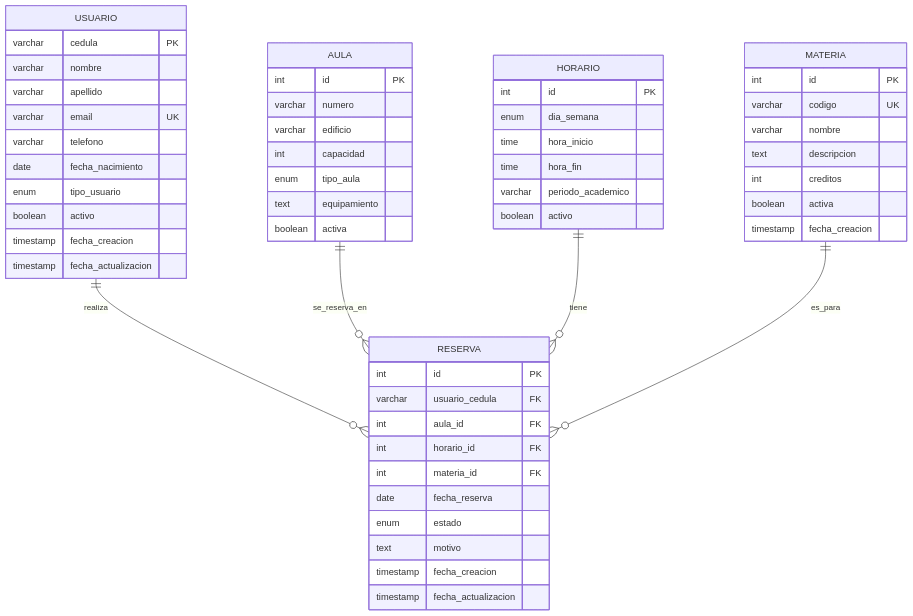
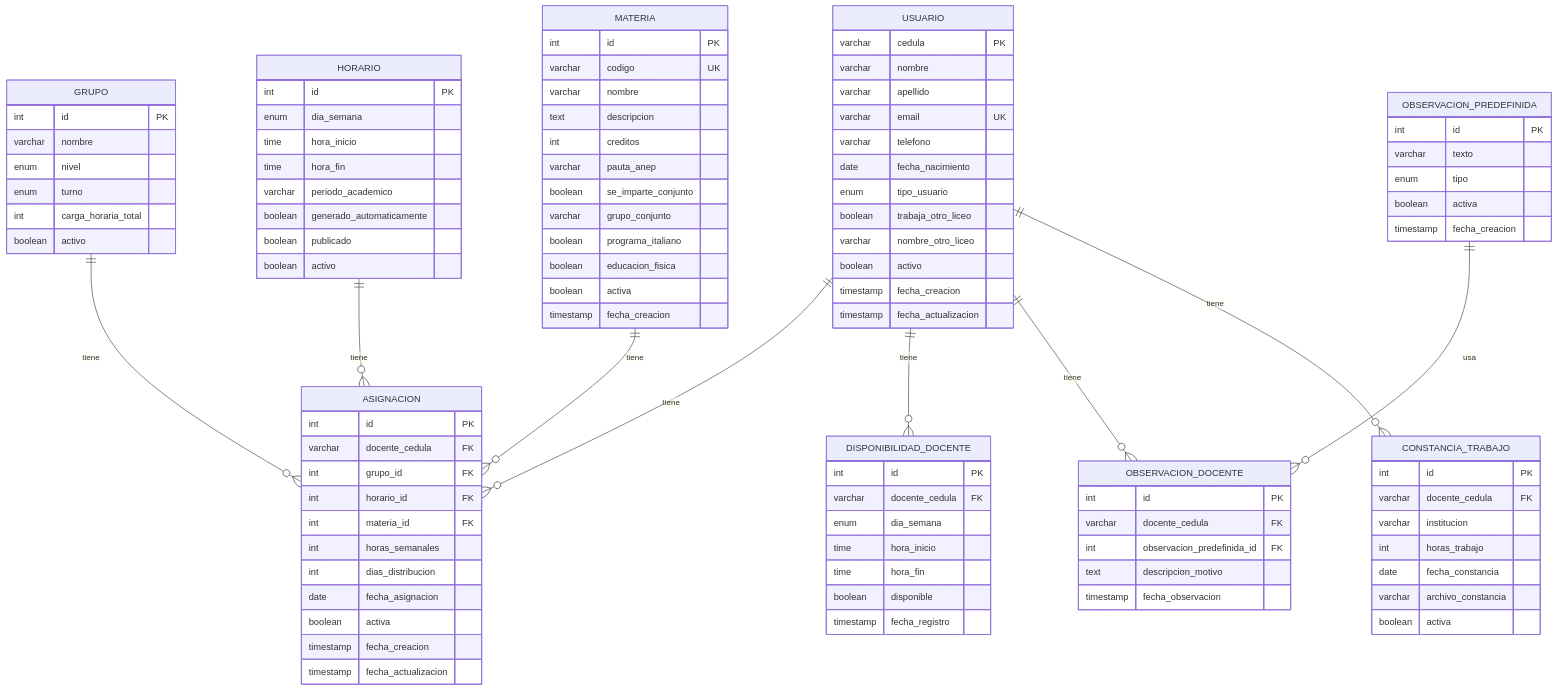
Before and after one commit to bocho8/chronos: the first of 3 diagrams in academic/segunda_entrega/PROGRAMACION FULLSTACK/MODELO_CONCEPTUAL_CORREGIDO.md, drawn with Mermaid. The commit also changed other lines of this file and 3 other files, not shown here.

````diff
--- a/academic/segunda_entrega/PROGRAMACION FULLSTACK/MODELO_CONCEPTUAL_CORREGIDO.md
+++ b/academic/segunda_entrega/PROGRAMACION FULLSTACK/MODELO_CONCEPTUAL_CORREGIDO.md
@@ -12,6 +12,8 @@
         varchar telefono
         date fecha_nacimiento
         enum tipo_usuario
+        boolean trabaja_otro_liceo
+        varchar nombre_otro_liceo
         boolean activo
         timestamp fecha_creacion
         timestamp fecha_actualizacion
@@ -23,18 +25,22 @@
         varchar nombre
         text descripcion
         int creditos
+        varchar pauta_anep
+        boolean se_imparte_conjunto
+        varchar grupo_conjunto
+        boolean programa_italiano
+        boolean educacion_fisica
         boolean activa
         timestamp fecha_creacion
     }
     
-    AULA {
+    GRUPO {
         int id PK
-        varchar numero
-        varchar edificio
-        int capacidad
-        enum tipo_aula
-        text equipamiento
-        boolean activa
+        varchar nombre
+        enum nivel
+        enum turno
+        int carga_horaria_total
+        boolean activo
     }
     
     HORARIO {
@@ -43,24 +49,67 @@
         time hora_inicio
         time hora_fin
         varchar periodo_academico
+        boolean generado_automaticamente
+        boolean publicado
         boolean activo
     }
     
-    RESERVA {
+    ASIGNACION {
         int id PK
-        varchar usuario_cedula FK
-        int aula_id FK
+        varchar docente_cedula FK
+        int grupo_id FK
         int horario_id FK
         int materia_id FK
-        date fecha_reserva
-        enum estado
-        text motivo
+        int horas_semanales
+        int dias_distribucion
+        date fecha_asignacion
+        boolean activa
         timestamp fecha_creacion
         timestamp fecha_actualizacion
     }
     
-    USUARIO ||--o{ RESERVA : "realiza"
-    AULA ||--o{ RESERVA : "se_reserva_en"
-    HORARIO ||--o{ RESERVA : "tiene"
-    MATERIA ||--o{ RESERVA : "es_para"
+    DISPONIBILIDAD_DOCENTE {
+        int id PK
+        varchar docente_cedula FK
+        enum dia_semana
+        time hora_inicio
+        time hora_fin
+        boolean disponible
+        timestamp fecha_registro
+    }
+    
+    OBSERVACION_DOCENTE {
+        int id PK
+        varchar docente_cedula FK
+        int observacion_predefinida_id FK
+        text descripcion_motivo
+        timestamp fecha_observacion
+    }
+    
+    OBSERVACION_PREDEFINIDA {
+        int id PK
+        varchar texto
+        enum tipo
+        boolean activa
+        timestamp fecha_creacion
+    }
+    
+    CONSTANCIA_TRABAJO {
+        int id PK
+        varchar docente_cedula FK
+        varchar institucion
+        int horas_trabajo
+        date fecha_constancia
+        varchar archivo_constancia
+        boolean activa
+    }
+    
+    USUARIO ||--o{ ASIGNACION : "tiene"
+    GRUPO ||--o{ ASIGNACION : "tiene"
+    HORARIO ||--o{ ASIGNACION : "tiene"
+    MATERIA ||--o{ ASIGNACION : "tiene"
+    USUARIO ||--o{ DISPONIBILIDAD_DOCENTE : "tiene"
+    USUARIO ||--o{ OBSERVACION_DOCENTE : "tiene"
+    OBSERVACION_PREDEFINIDA ||--o{ OBSERVACION_DOCENTE : "usa"
+    USUARIO ||--o{ CONSTANCIA_TRABAJO : "tiene"
 ```
````
